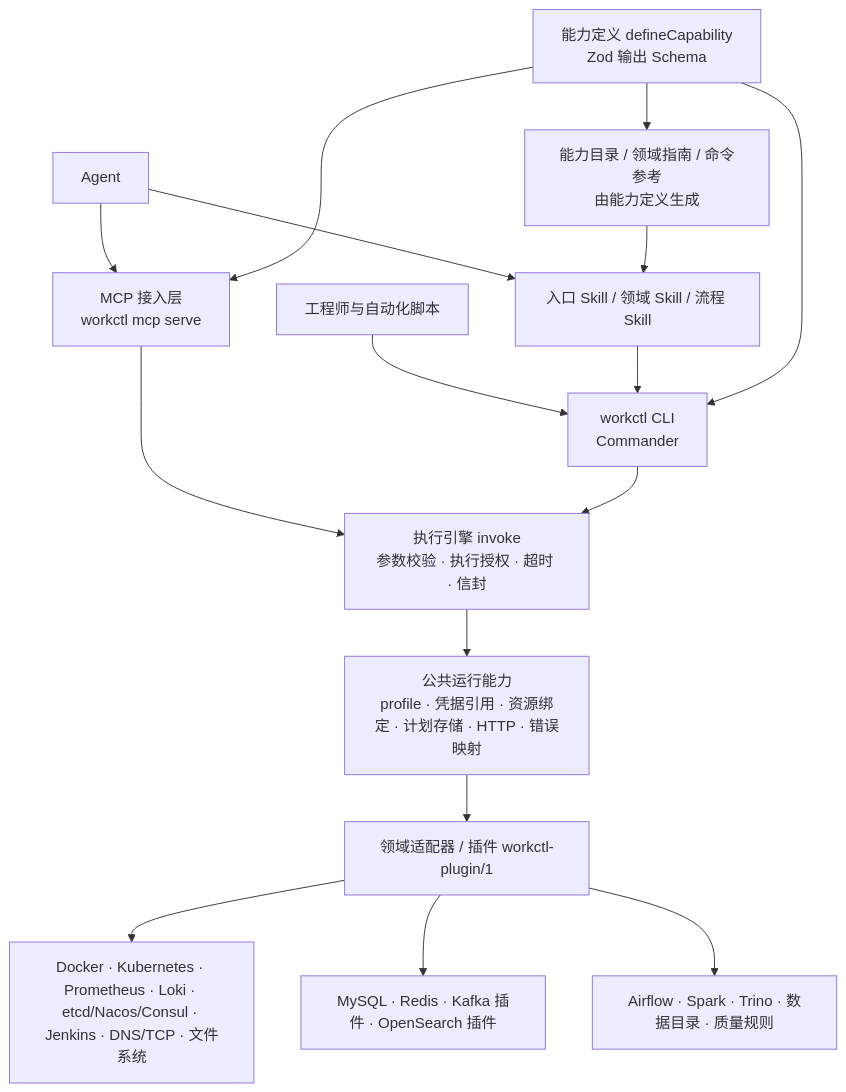
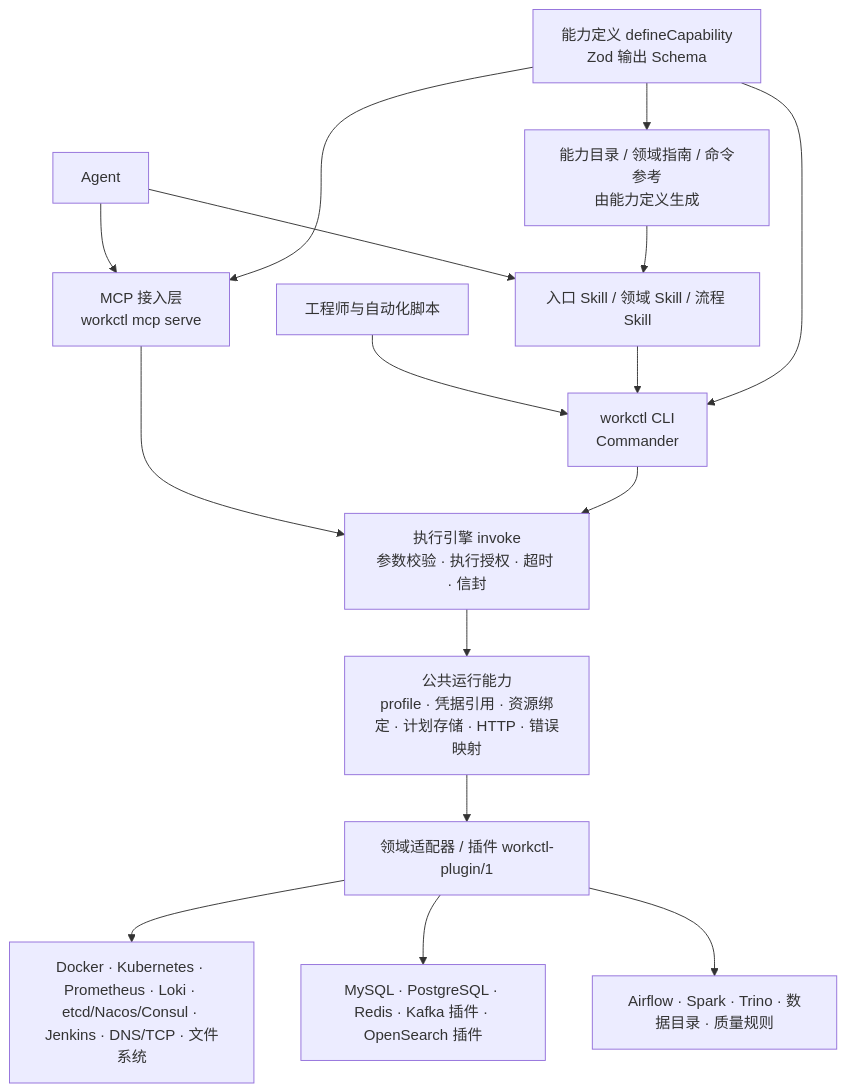
One commit to luckylucky0001/workflow-cli changed the diagram in README.md. Above: the diagram before and after it, drawn with Mermaid. The commit also changed other lines of this file and 176 other files, not shown here.

First line of the commit message:
PostgreSQL domain (pg, verified on 16.15, 30/30); deploy cross-review fixes; tutorial with 50 real screenshots

````diff
--- a/README.md
+++ b/README.md
@@ -52,18 +53,18 @@
 ```mermaid
 flowchart TB
     H[工程师与自动化脚本] --> CLI[workctl CLI<br/>Commander]
     A[Agent] --> S[入口 Skill / 领域 Skill / 流程 Skill]
     D[能力目录 / 领域指南 / 命令参考<br/>由能力定义生成] --> S
     S --> CLI
     A --> M[MCP 接入层<br/>workctl mcp serve]
     M --> E
     CLI --> E[执行引擎 invoke<br/>参数校验 · 执行授权 · 超时 · 信封]
     C[能力定义 defineCapability<br/>Zod 输出 Schema] --> CLI
     C --> D
     C --> M
     E --> R[公共运行能力<br/>profile · 凭据引用 · 资源绑定 · 计划存储 · HTTP · 错误映射]
     R --> P[领域适配器 / 插件 workctl-plugin/1]
     P --> I[Docker · Kubernetes · Prometheus · Loki · etcd/Nacos/Consul · Jenkins · DNS/TCP · 文件系统]
-    P --> W[MySQL · Redis · Kafka 插件 · OpenSearch 插件]
+    P --> W[MySQL · PostgreSQL · Redis · Kafka 插件 · OpenSearch 插件]
     P --> O[Airflow · Spark · Trino · 数据目录 · 质量规则]
 ```
````
